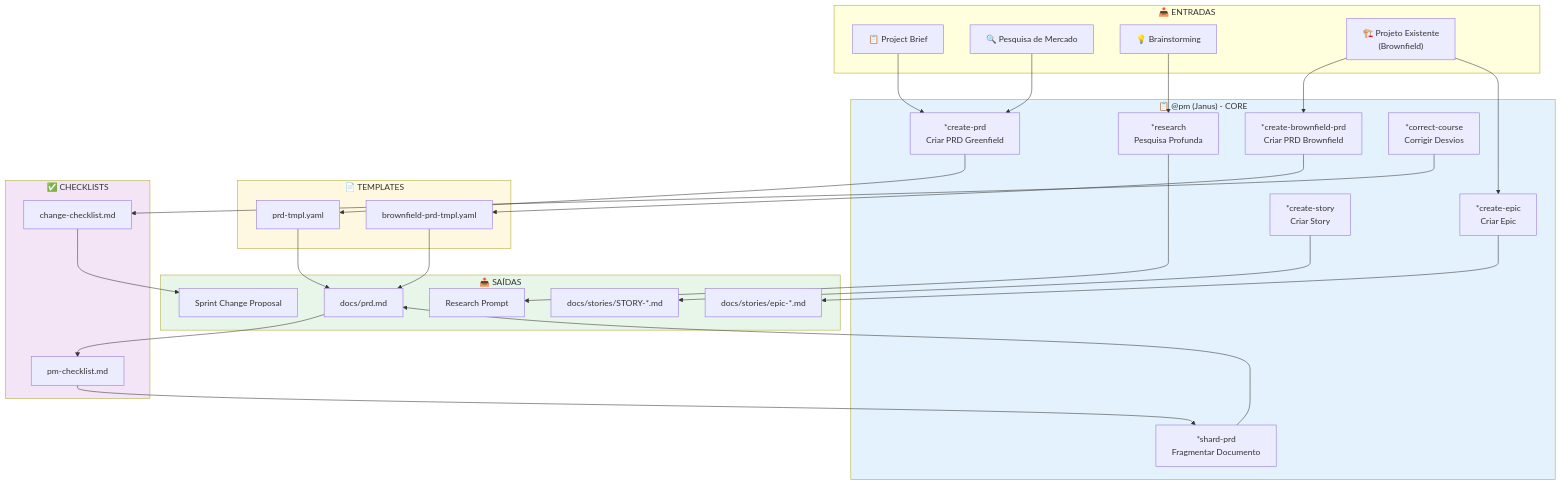
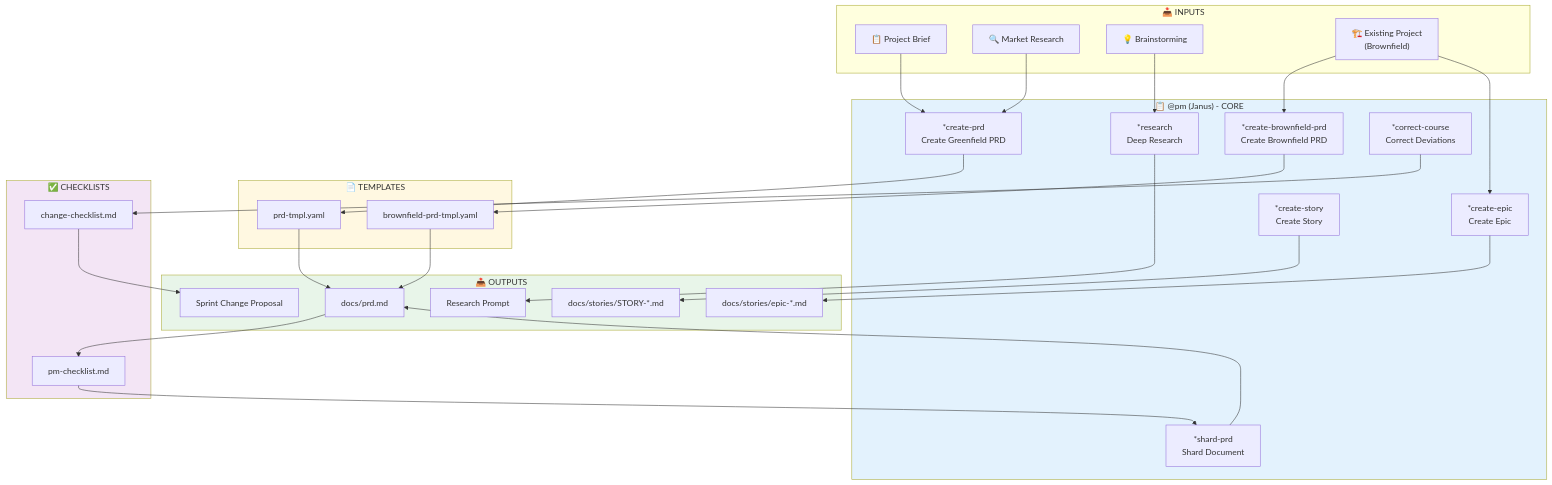
The first of 8 diagrams in docs/aexos-agent-flows/pm-system.md (CyryxLabs/AEXOS), drawn with Mermaid before and after one commit. The commit also changed other lines of this file and 528 other files, not shown here.

````diff
--- a/docs/aexos-agent-flows/pm-system.md
+++ b/docs/aexos-agent-flows/pm-system.md
@@ -82,62 +82,62 @@
 ```mermaid
 flowchart TB
-    subgraph INPUTS["📥 ENTRADAS"]
+    subgraph INPUTS["📥 INPUTS"]
         BRIEF["📋 Project Brief"]
-        RESEARCH["🔍 Pesquisa de Mercado"]
+        RESEARCH["🔍 Market Research"]
         BRAINSTORM["💡 Brainstorming"]
-        EXISTING["🏗️ Projeto Existente<br/>(Brownfield)"]
+        EXISTING["🏗️ Existing Project<br/>(Brownfield)"]
     end
 
     subgraph PM_CORE["📋 @pm (Janus) - CORE"]
-        CREATE_PRD["*create-prd<br/>Criar PRD Greenfield"]
-        CREATE_BF_PRD["*create-brownfield-prd<br/>Criar PRD Brownfield"]
-        CREATE_EPIC["*create-epic<br/>Criar Epic"]
-        CREATE_STORY["*create-story<br/>Criar Story"]
-        RESEARCH_CMD["*research<br/>Pesquisa Profunda"]
-        CORRECT["*correct-course<br/>Corrigir Desvios"]
-        SHARD["*shard-prd<br/>Fragmentar Documento"]
+        CREATE_PRD["*create-prd<br/>Create Greenfield PRD"]
+        CREATE_BF_PRD["*create-brownfield-prd<br/>Create Brownfield PRD"]
+        CREATE_EPIC["*create-epic<br/>Create Epic"]
+        CREATE_STORY["*create-story<br/>Create Story"]
+        RESEARCH_CMD["*research<br/>Deep Research"]
+        CORRECT["*correct-course<br/>Correct Deviations"]
+        SHARD["*shard-prd<br/>Shard Document"]
     end
 
     subgraph TEMPLATES["📄 TEMPLATES"]
         PRD_TMPL["prd-tmpl.yaml"]
         BF_PRD_TMPL["brownfield-prd-tmpl.yaml"]
     end
 
     subgraph CHECKLISTS["✅ CHECKLISTS"]
         PM_CHECK["pm-checklist.md"]
         CHANGE_CHECK["change-checklist.md"]
     end
 
-    subgraph OUTPUTS["📤 SAÍDAS"]
+    subgraph OUTPUTS["📤 OUTPUTS"]
         PRD["docs/prd.md"]
         EPICS["docs/stories/epic-*.md"]
         STORIES["docs/stories/STORY-*.md"]
         RESEARCH_OUT["Research Prompt"]
         CHANGE_PROPOSAL["Sprint Change Proposal"]
     end
 
     BRIEF --> CREATE_PRD
     RESEARCH --> CREATE_PRD
     BRAINSTORM --> RESEARCH_CMD
     EXISTING --> CREATE_BF_PRD
     EXISTING --> CREATE_EPIC
 
     CREATE_PRD --> PRD_TMPL
     CREATE_BF_PRD --> BF_PRD_TMPL
     PRD_TMPL --> PRD
     BF_PRD_TMPL --> PRD
     PRD --> PM_CHECK
     PM_CHECK --> SHARD
 
     CREATE_EPIC --> EPICS
     CREATE_STORY --> STORIES
     RESEARCH_CMD --> RESEARCH_OUT
     CORRECT --> CHANGE_CHECK
     CHANGE_CHECK --> CHANGE_PROPOSAL
     SHARD --> PRD
 
     style PM_CORE fill:#e3f2fd
     style TEMPLATES fill:#fff8e1
     style CHECKLISTS fill:#f3e5f5
     style OUTPUTS fill:#e8f5e9
 ```
````
